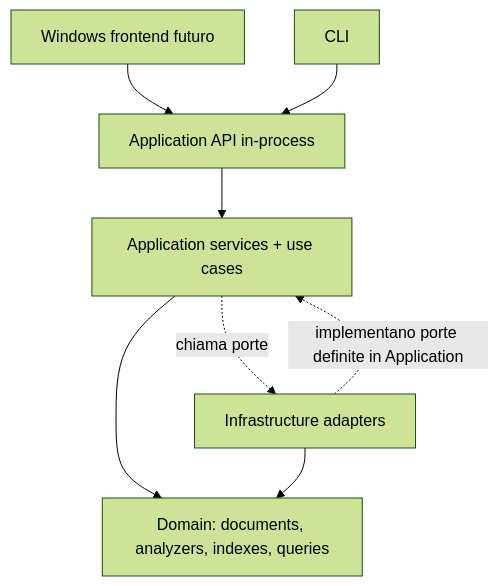
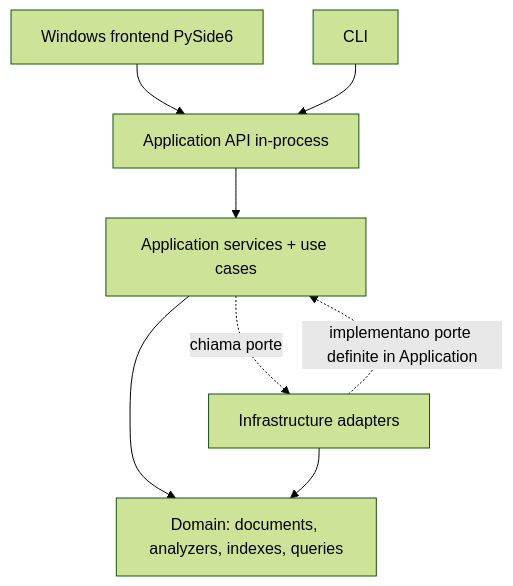
The first of 2 diagrams in docs/ARCHITECTURE.md (Forest904/local-document-search), drawn with Mermaid (forest theme) before and after one commit. The commit also changed other lines of this file and 33 other files, not shown here.

````diff
--- a/docs/ARCHITECTURE.md
+++ b/docs/ARCHITECTURE.md
@@ -15,10 +15,10 @@
 ```mermaid
 flowchart TB
-  UI[Windows frontend futuro] --> API[Application API in-process]
+  UI[Windows frontend PySide6] --> API[Application API in-process]
   CLI[CLI] --> API
   API --> APP[Application services + use cases]
   APP --> DOM[Domain: documents, analyzers, indexes, queries]
   INF[Infrastructure adapters] -. implementano porte definite in Application .-> APP
   INF --> DOM
   APP -. chiama porte .-> INF
 ```
````
